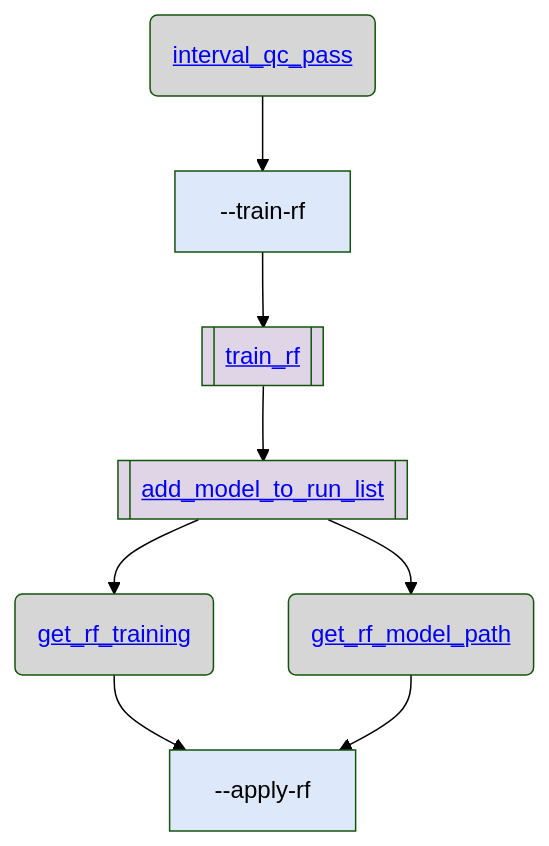
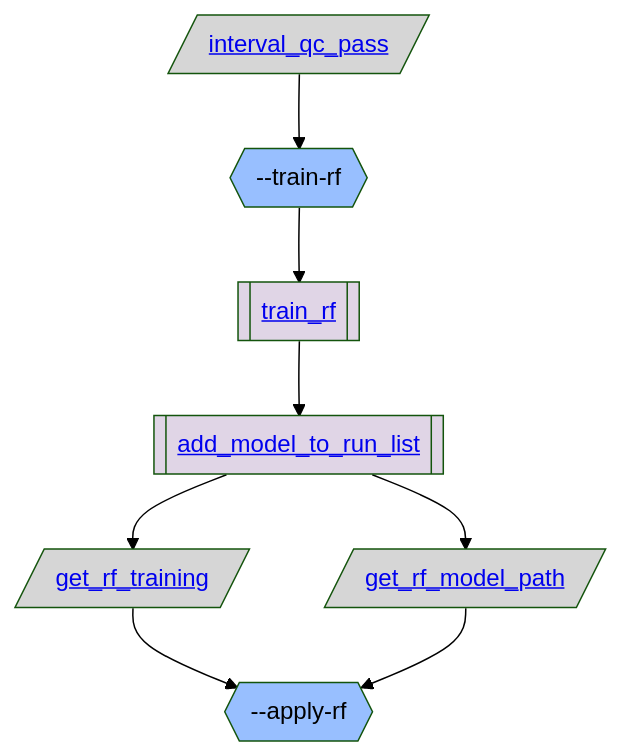
The second of 5 diagrams in gnomad_qc/v4/variant_qc/README.md (broadinstitute/gnomad_qc), drawn with Mermaid (forest theme) before and after one commit. The commit also changed other lines of this file and 4 other files, not shown here.

````diff
--- a/gnomad_qc/v4/variant_qc/README.md
+++ b/gnomad_qc/v4/variant_qc/README.md
@@ -72,25 +72,25 @@
 ```mermaid
 flowchart TB;
   classDef script_color fill:#2C5D4A,color:#000000
-  classDef step_color fill:#DDE9FB,color:#000000
+  classDef step_color fill:#98BFFF,color:#000000
   classDef func_color fill:#E0D5E6,color:#000000
   classDef gnomad_methods_color fill:#F9F2CE,color:#000000
   classDef hail_color fill:#FAEACE,color:#000000
   classDef resource_color fill:#D6D6D6,color:#000000
   classDef validity_check_color fill:#2C5D4A,color:#000000
 
-  resource_interval_qc_pass("<a href='https://github.com/broadinstitute/gnomad_qc/tree/main/gnomad_qc/v4/resources/sample_qc.py#L306'>interval_qc_pass</a>"):::resource_color;
-  step_train_rf["--train-rf"]:::step_color;
+  resource_interval_qc_pass[/"<a href='https://github.com/broadinstitute/gnomad_qc/tree/main/gnomad_qc/v4/resources/sample_qc.py#L306'>interval_qc_pass</a>"/]:::resource_color;
+  step_train_rf{{"--train-rf"}}:::step_color;
   func_train_rf[["<a href='https://github.com/broadinstitute/gnomad_qc/tree/main/gnomad_qc/v4/variant_qc/random_forest.py#L57'>train_rf</a>"]]:::func_color;
   func_add_model_to_run_list[["<a href='https://github.com/broadinstitute/gnomad_qc/tree/main/gnomad_qc/v4/variant_qc/random_forest.py#L172'>add_model_to_run_list</a>"]]:::func_color;
-  resource_get_rf_training("<a href='https://github.com/broadinstitute/gnomad_qc/tree/main/gnomad_qc/v4/resources/variant_qc.py#L238'>get_rf_training</a>"):::resource_color;
-  step_apply_rf["--apply-rf"]:::step_color;
-  resource_get_rf_model_path("<a href='https://github.com/broadinstitute/gnomad_qc/tree/main/gnomad_qc/v4/resources/variant_qc.py#L222'>get_rf_model_path</a>"):::resource_color;
+  resource_get_rf_training[/"<a href='https://github.com/broadinstitute/gnomad_qc/tree/main/gnomad_qc/v4/resources/variant_qc.py#L238'>get_rf_training</a>"/]:::resource_color;
+  step_apply_rf{{"--apply-rf"}}:::step_color;
+  resource_get_rf_model_path[/"<a href='https://github.com/broadinstitute/gnomad_qc/tree/main/gnomad_qc/v4/resources/variant_qc.py#L222'>get_rf_model_path</a>"/]:::resource_color;
   resource_interval_qc_pass --> step_train_rf;
   step_train_rf --> func_train_rf;
   func_train_rf --> func_add_model_to_run_list;
   func_add_model_to_run_list --> resource_get_rf_training;
   resource_get_rf_training --> step_apply_rf;
   func_add_model_to_run_list --> resource_get_rf_model_path;
   resource_get_rf_model_path --> step_apply_rf;
 ```
````
